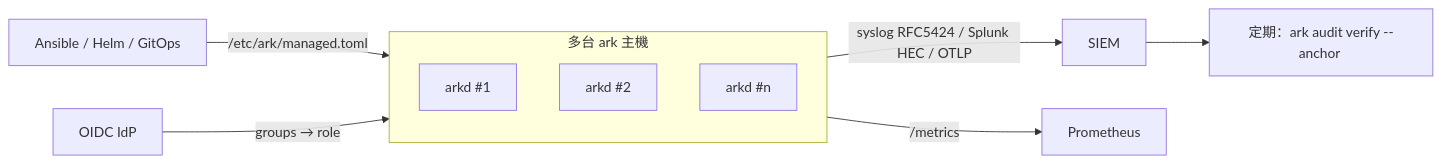
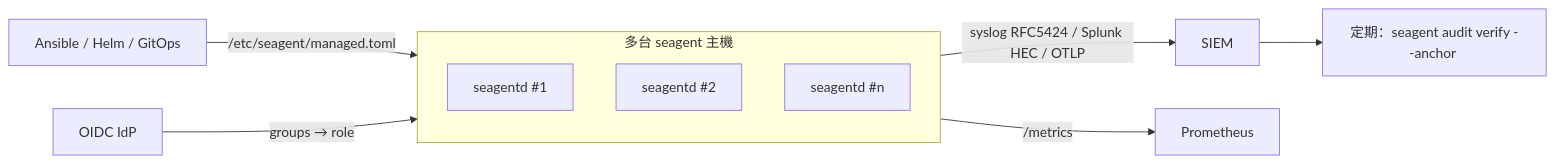
The fifth of 5 diagrams in docs/enterprise/deployment-architecture.md (Noob-2006/Bulge), drawn with Mermaid before and after one commit. The commit also changed other lines of this file and 2103 other files, not shown here.

````diff
--- a/docs/enterprise/deployment-architecture.md
+++ b/docs/enterprise/deployment-architecture.md
@@ -106,11 +106,11 @@
 ```mermaid
 flowchart LR
-  subgraph fleet["多台 ark 主機"]
-    a1["arkd #1"] & a2["arkd #2"] & a3["arkd #n"]
+  subgraph fleet["多台 seagent 主機"]
+    a1["seagentd #1"] & a2["seagentd #2"] & a3["seagentd #n"]
   end
-  cfg["Ansible / Helm / GitOps"] -->|"/etc/ark/managed.toml"| fleet
+  cfg["Ansible / Helm / GitOps"] -->|"/etc/seagent/managed.toml"| fleet
   fleet -->|"syslog RFC5424 / Splunk HEC / OTLP"| siem["SIEM"]
   fleet -->|"/metrics"| prom["Prometheus"]
-  siem --> ver["定期：ark audit verify --anchor <SIEM 中的 hash>"]
+  siem --> ver["定期：seagent audit verify --anchor <SIEM 中的 hash>"]
   idp["OIDC IdP"] -->|"groups → role"| fleet
 ```
````
